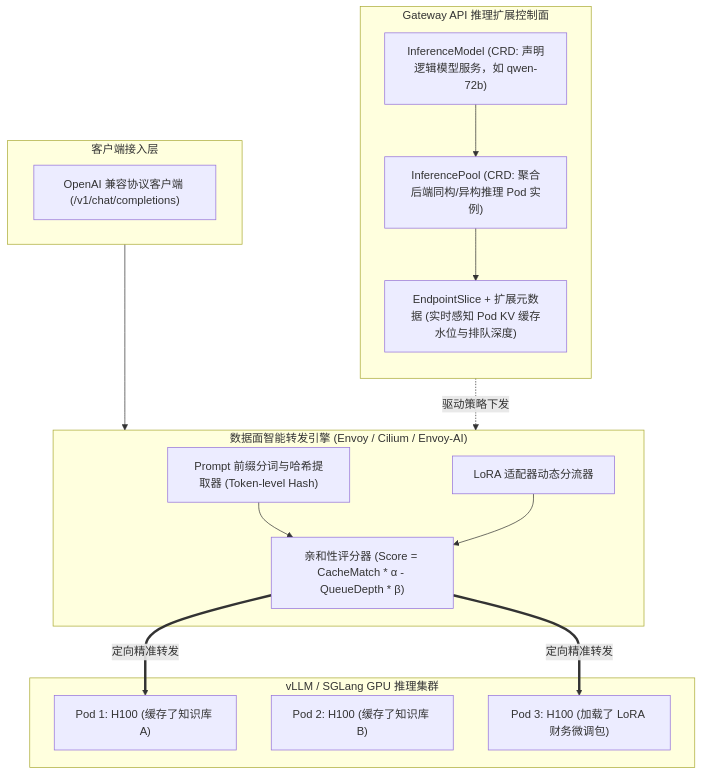
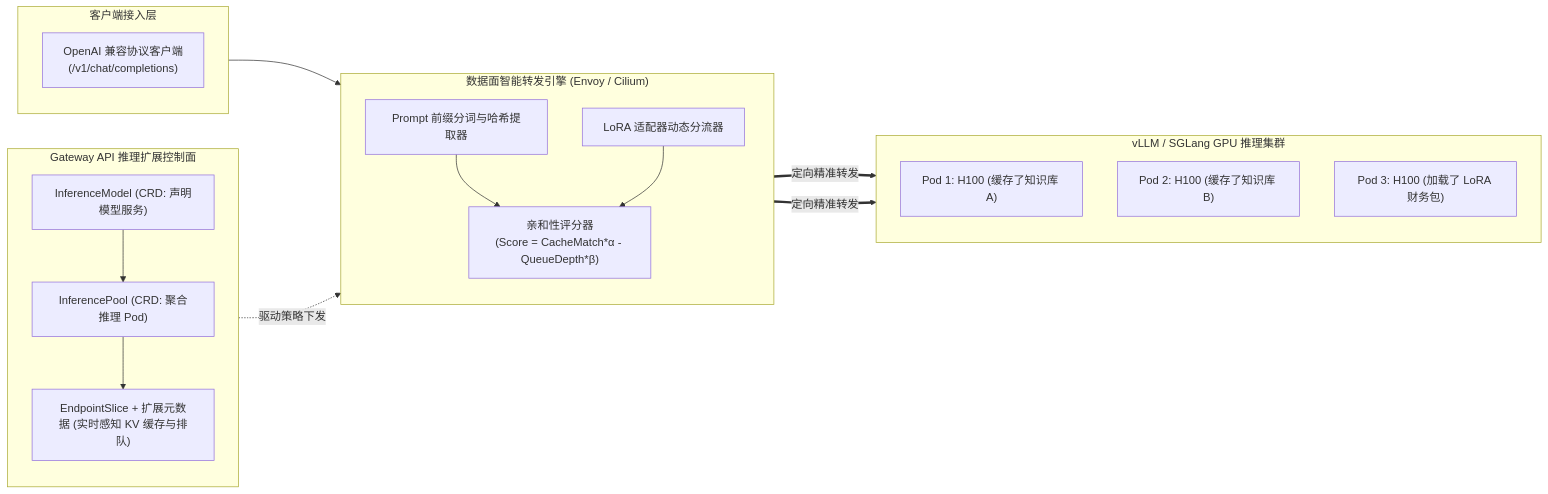
Before and after one commit to MoreConsequence/MoreConsequence.github.io: the third of 4 diagrams in content/posts/kubernetes-internals/k8s-22-gateway-api-inference-extension-prefix-cache.md, drawn with Mermaid. The commit also changed other lines of this file and 835 other files, not shown here.

First line of the commit message:
feat(blog): 全站33篇新增深度专栏与博文全量审核上线及矢量图表优化

````diff
--- a/content/posts/kubernetes-internals/k8s-22-gateway-api-inference-extension-prefix-cache.md
+++ b/content/posts/kubernetes-internals/k8s-22-gateway-api-inference-extension-prefix-cache.md
@@ -108,35 +102,37 @@
 ```mermaid
-flowchart TB
+flowchart LR
     subgraph ClientLayer["客户端接入层"]
-        OpenAIClient["OpenAI 兼容协议客户端 (/v1/chat/completions)"]
+        OpenAIClient["OpenAI 兼容协议客户端<br/>(/v1/chat/completions)"]
+    end
+
+    subgraph DataPlane["数据面智能转发引擎 (Envoy / Cilium)"]
+        direction TB
+        TokenRouter["Prompt 前缀分词与哈希提取器"]
+        LoRAMapper["LoRA 适配器动态分流器"]
+        SmartScheduler["亲和性评分器<br/>(Score = CacheMatch*α - QueueDepth*β)"]
+
+        TokenRouter --> SmartScheduler
+        LoRAMapper --> SmartScheduler
     end
 
     subgraph InferenceGatewayControlPlane["Gateway API 推理扩展控制面"]
         direction TB
-        InferenceModel["InferenceModel (CRD: 声明逻辑模型服务，如 qwen-72b)"]
-        InferencePool["InferencePool (CRD: 聚合后端同构/异构推理 Pod 实例)"]
-        ModelMetrics["EndpointSlice + 扩展元数据 (实时感知 Pod KV 缓存水位与排队深度)"]
-        
+        InferenceModel["InferenceModel (CRD: 声明模型服务)"]
+        InferencePool["InferencePool (CRD: 聚合推理 Pod)"]
+        ModelMetrics["EndpointSlice + 扩展元数据 (实时感知 KV 缓存与排队)"]
+
         InferenceModel --> InferencePool --> ModelMetrics
     end
 
-    subgraph DataPlane["数据面智能转发引擎 (Envoy / Cilium / Envoy-AI)"]
-        TokenRouter["Prompt 前缀分词与哈希提取器 (Token-level Hash)"]
-        LoRAMapper["LoRA 适配器动态分流器"]
-        SmartScheduler["亲和性评分器 (Score = CacheMatch * α - QueueDepth * β)"]
-        
-        TokenRouter --> SmartScheduler
-        LoRAMapper --> SmartScheduler
-    end
-
     subgraph BackendPods["vLLM / SGLang GPU 推理集群"]
+        direction TB
         Pod1["Pod 1: H100 (缓存了知识库 A)"]
         Pod2["Pod 2: H100 (缓存了知识库 B)"]
-        Pod3["Pod 3: H100 (加载了 LoRA 财务微调包)"]
+        Pod3["Pod 3: H100 (加载了 LoRA 财务包)"]
     end
 
     ClientLayer --> DataPlane
     InferenceModel -.->|"驱动策略下发"| DataPlane
     SmartScheduler ==>|"定向精准转发"| Pod1
     SmartScheduler ==>|"定向精准转发"| Pod3
 ```
````
